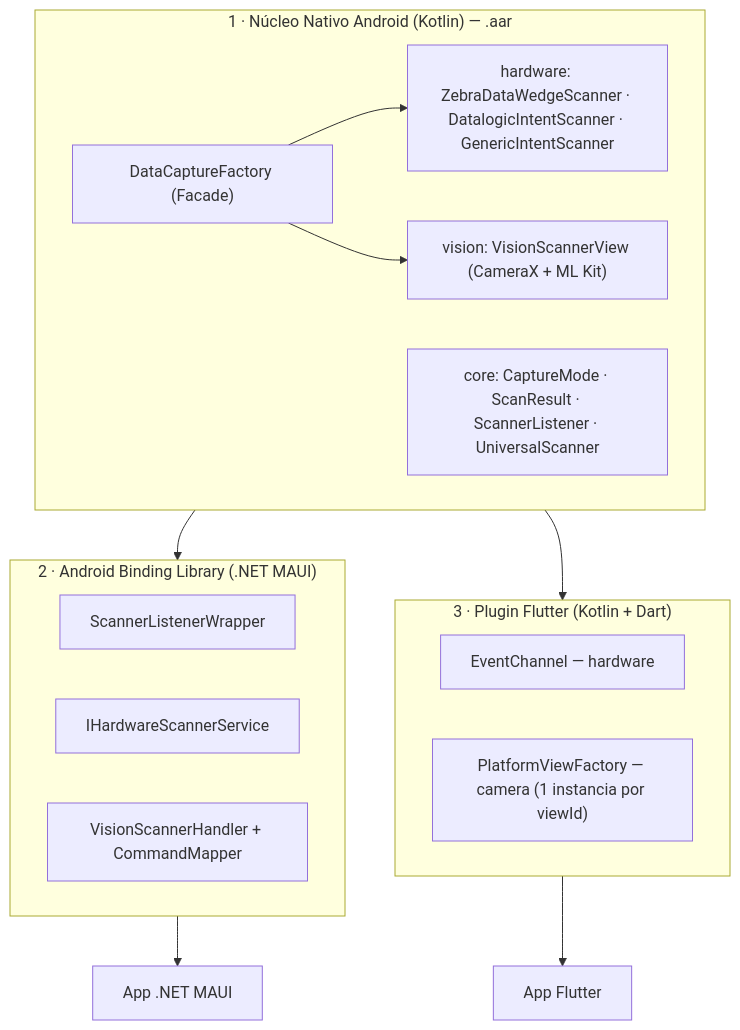
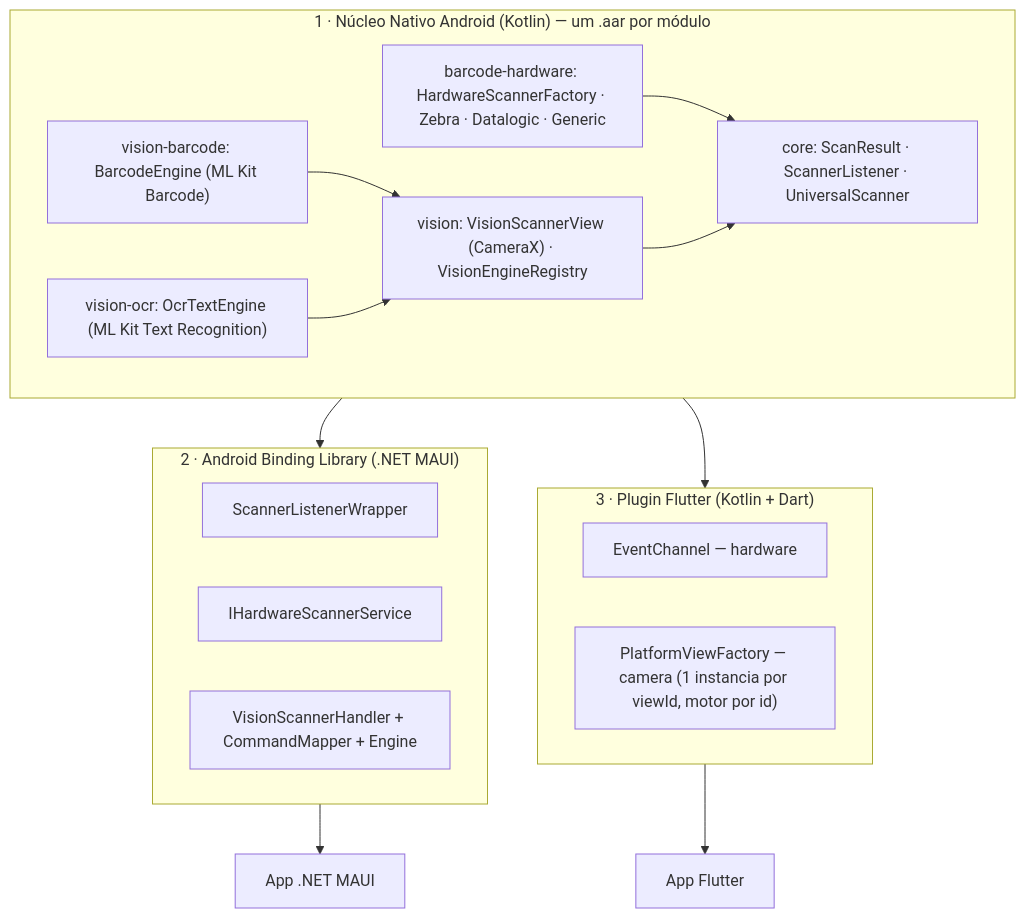
The diagram in README.md (marivaldojunior/open-system-scanner), drawn with Mermaid before and after one commit. The commit also changed other lines of this file and 51 other files, not shown here.

First line of the commit message:
Divide o núcleo nativo em módulos Gradle (Fase 0)

````diff
--- a/README.md
+++ b/README.md
@@ -30,25 +32,28 @@
 ```mermaid
 flowchart TB
-    subgraph Native["1 · Núcleo Nativo Android (Kotlin) — .aar"]
-        Factory["DataCaptureFactory (Facade)"]
-        Core["core: CaptureMode · ScanResult · ScannerListener · UniversalScanner"]
-        Hardware["hardware: ZebraDataWedgeScanner · DatalogicIntentScanner · GenericIntentScanner"]
-        Vision["vision: VisionScannerView (CameraX + ML Kit)"]
-        Factory --> Hardware
-        Factory --> Vision
+    subgraph Native["1 · Núcleo Nativo Android (Kotlin) — um .aar por módulo"]
+        Core["core: ScanResult · ScannerListener · UniversalScanner"]
+        Hardware["barcode-hardware: HardwareScannerFactory · Zebra · Datalogic · Generic"]
+        Vision["vision: VisionScannerView (CameraX) · VisionEngineRegistry"]
+        VBarcode["vision-barcode: BarcodeEngine (ML Kit Barcode)"]
+        VOcr["vision-ocr: OcrTextEngine (ML Kit Text Recognition)"]
+        Hardware --> Core
+        Vision --> Core
+        VBarcode --> Vision
+        VOcr --> Vision
     end
 
     subgraph Maui["2 · Android Binding Library (.NET MAUI)"]
         Wrapper["ScannerListenerWrapper"]
         Service["IHardwareScannerService"]
-        Handler["VisionScannerHandler + CommandMapper"]
+        Handler["VisionScannerHandler + CommandMapper + Engine"]
     end
 
     subgraph Flutter["3 · Plugin Flutter (Kotlin + Dart)"]
         EventCh["EventChannel — hardware"]
-        PView["PlatformViewFactory — camera (1 instancia por viewId)"]
+        PView["PlatformViewFactory — camera (1 instancia por viewId, motor por id)"]
     end
 
     Native --> Maui --> MauiApp["App .NET MAUI"]
     Native --> Flutter --> FlutterApp["App Flutter"]
 ```
````
